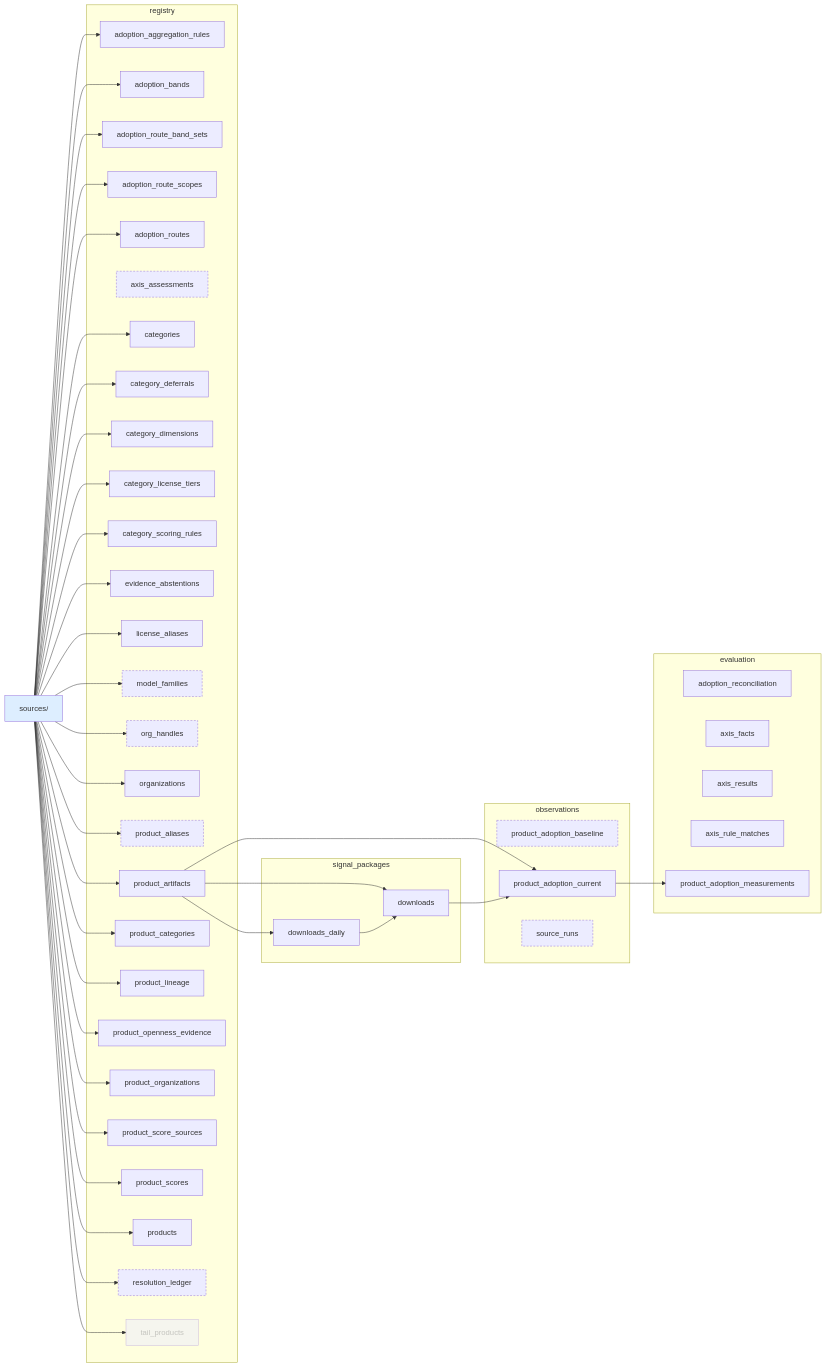
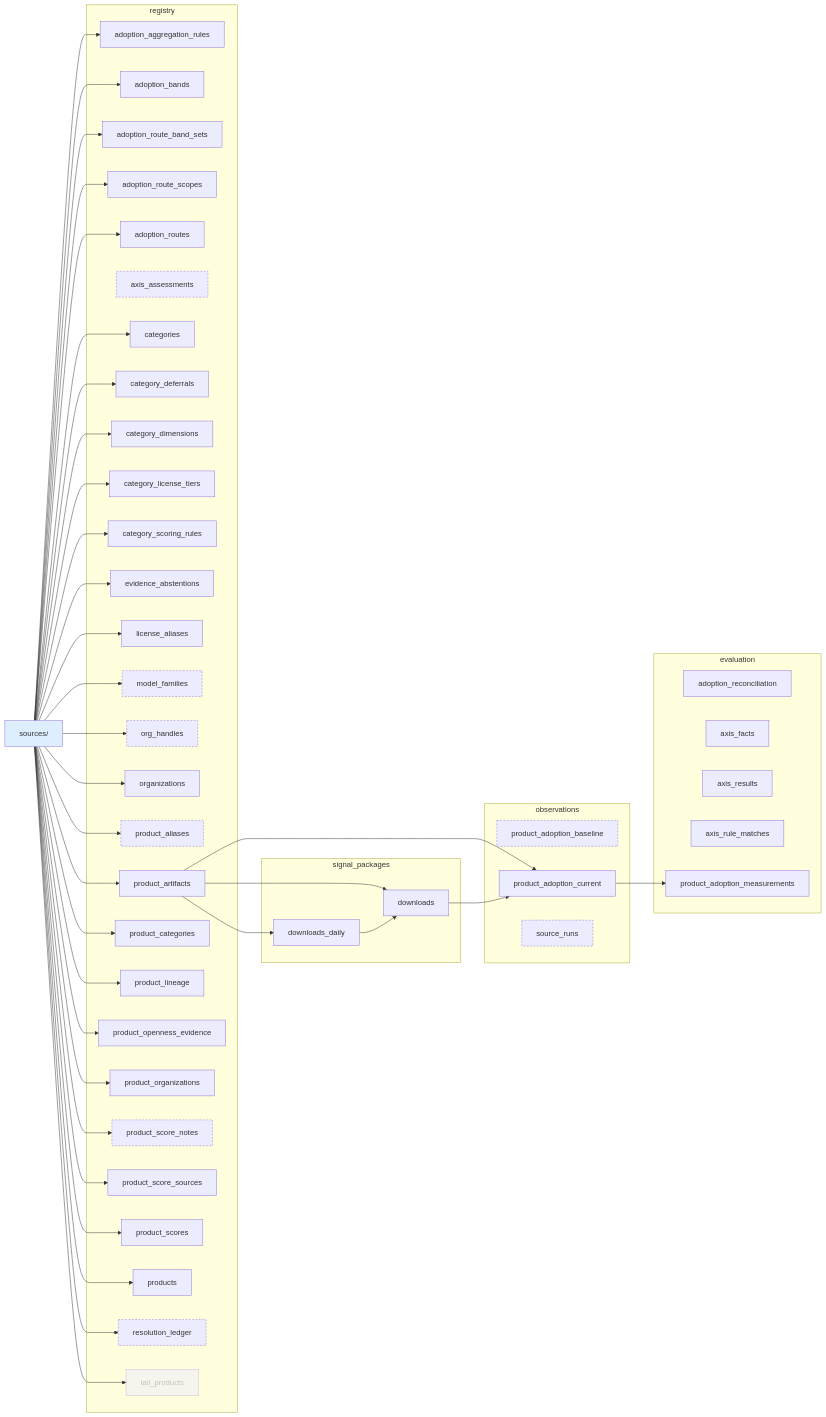
Before and after one commit to currentai-org/os-ai-map: the first of 3 diagrams in docs/architecture/current-state-dag.md, drawn with Mermaid. The commit also changed 5 other files, not shown here.

```diff
--- a/docs/architecture/current-state-dag.md
+++ b/docs/architecture/current-state-dag.md
@@ -38,6 +38,7 @@
     registry__product_lineage[product_lineage]
     registry__product_openness_evidence[product_openness_evidence]
     registry__product_organizations[product_organizations]
+    registry__product_score_notes[product_score_notes]
     registry__product_score_sources[product_score_sources]
     registry__product_scores[product_scores]
     registry__products[products]
@@ -69,6 +70,7 @@
   SRC --> registry__product_lineage
   SRC --> registry__product_openness_evidence
   SRC --> registry__product_organizations
+  SRC --> registry__product_score_notes
   SRC --> registry__product_score_sources
   SRC --> registry__product_scores
   SRC --> registry__products
@@ -86,6 +88,7 @@
   class registry__model_families staged;
   class registry__org_handles staged;
   class registry__product_aliases staged;
+  class registry__product_score_notes staged;
   class registry__resolution_ledger staged;
   class registry__tail_products dormant;
   classDef src fill:#def;
```
